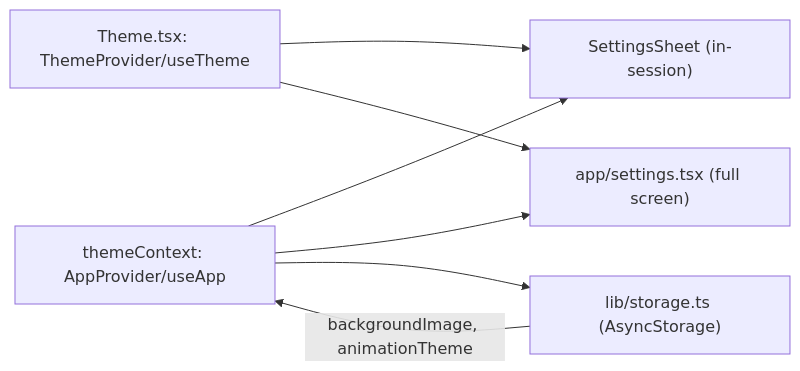
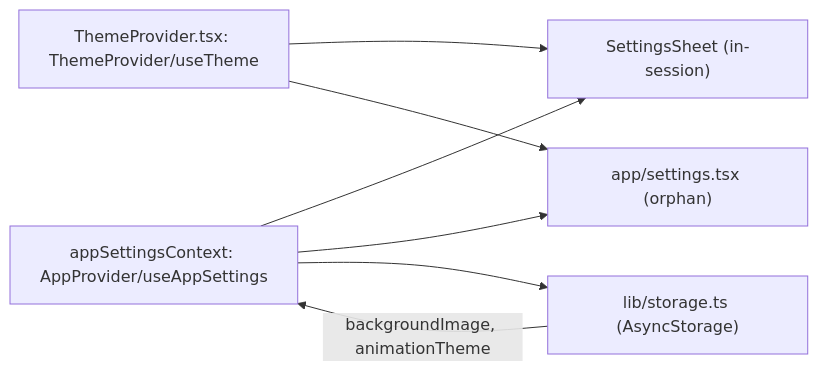
The third of 4 diagrams in docs/ARCHITECTURE.md (michael-d-abraham/JustBreatheBro), drawn with Mermaid before and after one commit. The commit also changed other lines of this file and 10 other files, not shown here.

````diff
--- a/docs/ARCHITECTURE.md
+++ b/docs/ARCHITECTURE.md
@@ -234,9 +212,9 @@
 ```mermaid
 flowchart LR
-  appProvider["themeContext: AppProvider/useApp"] --> sheet["SettingsSheet (in-session)"]
-  appProvider --> screen["app/settings.tsx (full screen)"]
+  appProvider["appSettingsContext: AppProvider/useAppSettings"] --> sheet["SettingsSheet (in-session)"]
+  appProvider --> screen["app/settings.tsx (orphan)"]
   appProvider --> storage["lib/storage.ts (AsyncStorage)"]
-  themeProvider["Theme.tsx: ThemeProvider/useTheme"] --> sheet
+  themeProvider["ThemeProvider.tsx: ThemeProvider/useTheme"] --> sheet
   themeProvider --> screen
   storage -->|"backgroundImage, animationTheme"| appProvider
 ```
````
